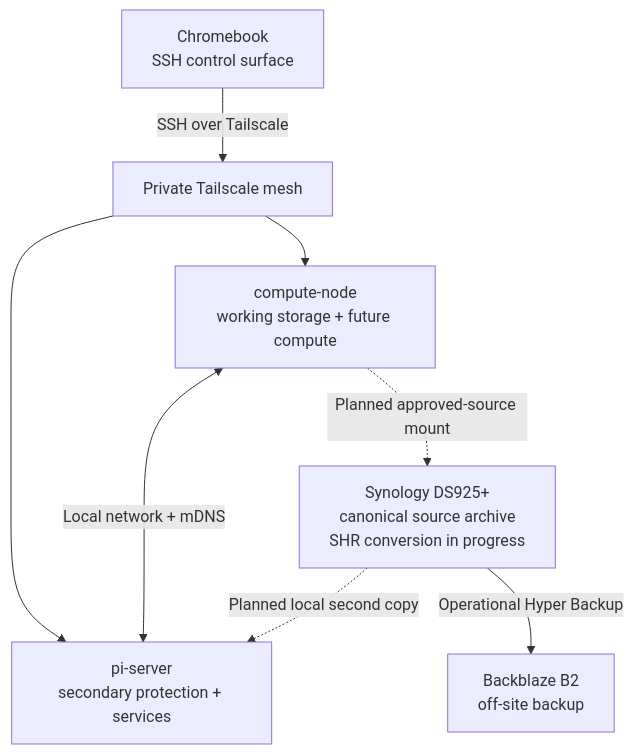
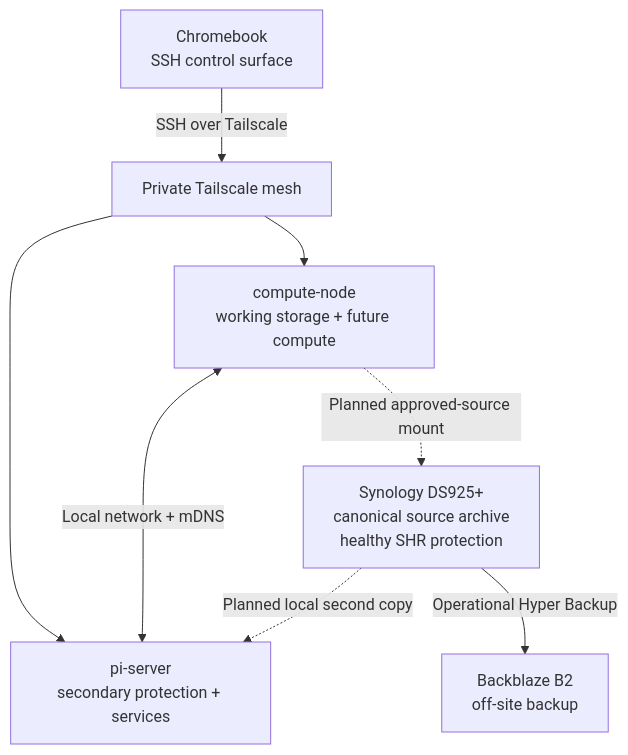
Before and after one commit to jaustinanderson/home-server-lab: the diagram in diagrams/home-lab-architecture.md, drawn with Mermaid. The commit also changed other lines of this file and 10 other files, not shown here.

````diff
--- a/diagrams/home-lab-architecture.md
+++ b/diagrams/home-lab-architecture.md
@@ -7,10 +7,10 @@
 ```mermaid
 flowchart TD
     C["Chromebook<br/>SSH control surface"] -->|"SSH over Tailscale"| T["Private Tailscale mesh"]
     T --> N["compute-node<br/>working storage + future compute"]
     T --> P["pi-server<br/>secondary protection + services"]
     N <-->|"Local network + mDNS"| P
-    N -.->|"Planned approved-source mount"| S["Synology DS925+<br/>canonical source archive<br/>SHR conversion in progress"]
+    N -.->|"Planned approved-source mount"| S["Synology DS925+<br/>canonical source archive<br/>healthy SHR protection"]
     S -.->|"Planned local second copy"| P
     S -->|"Operational Hyper Backup"| B["Backblaze B2<br/>off-site backup"]
 ```
````
